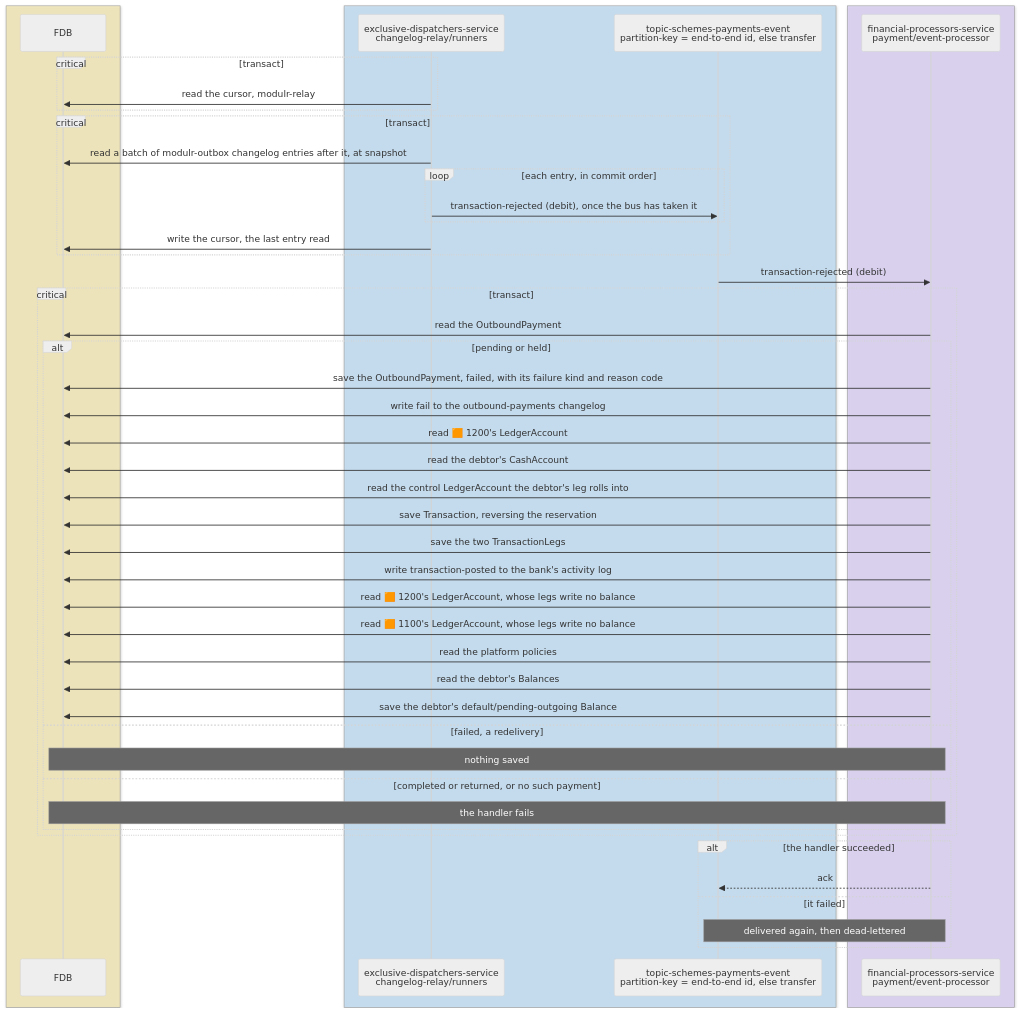
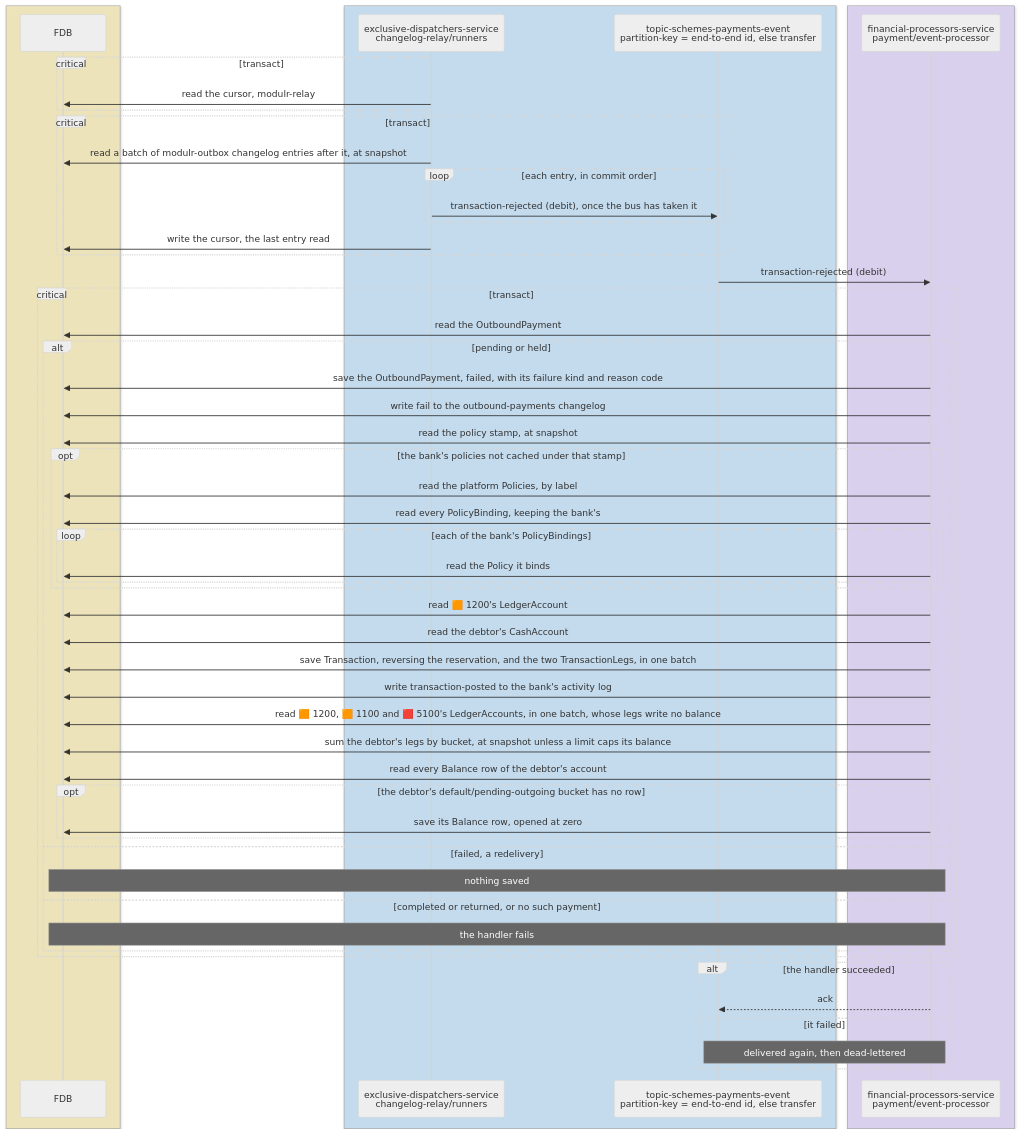
One commit to repldriven/queenswood changed diagram 11 of 15 in docs/tdd/payments-outbound.md. Above: the diagram before and after it, drawn with Mermaid (neutral theme). The commit also changed other lines of this file and 2 other files, not shown here.

Commit message:
Draw each payment flow's FDB calls as the code makes them: balances summed from legs and a row saved only where a bucket opens, batched reads and saves, the policy stamp and the ledger account id cache, and the intent poller's limited reads, rounds and concurrent reconciles

````diff
--- a/docs/tdd/payments-outbound.md
+++ b/docs/tdd/payments-outbound.md
@@ -601,51 +663,58 @@
 ```mermaid
 sequenceDiagram
     box rgba(255, 236, 153, 0.5)
     participant DB as FDB
     end
     box rgba(165, 216, 255, 0.45)
     participant OR as exclusive-dispatchers-service<br/>changelog-relay/runners
     participant SE as topic-schemes-payments-event<br/>partition-key = end-to-end id, else transfer
     end
     box rgba(208, 191, 255, 0.45)
     participant PE as financial-processors-service<br/>payment/event-processor
     end
     critical transact
     OR->>DB: read the cursor, modulr-relay
     end
     critical transact
     OR->>DB: read a batch of modulr-outbox changelog entries after it, at snapshot
     loop each entry, in commit order
     OR->>SE: transaction-rejected (debit), once the bus has taken it
     end
     OR->>DB: write the cursor, the last entry read
     end
     SE->>PE: transaction-rejected (debit)
     critical transact
     PE->>DB: read the OutboundPayment
     alt pending or held
     PE->>DB: save the OutboundPayment, failed, with its failure kind and reason code
     PE->>DB: write fail to the outbound-payments changelog
+    PE->>DB: read the policy stamp, at snapshot
+    opt the bank's policies not cached under that stamp
+    PE->>DB: read the platform Policies, by label
+    PE->>DB: read every PolicyBinding, keeping the bank's
+    loop each of the bank's PolicyBindings
+    PE->>DB: read the Policy it binds
+    end
+    end
     PE->>DB: read 🟧 1200's LedgerAccount
     PE->>DB: read the debtor's CashAccount
-    PE->>DB: read the control LedgerAccount the debtor's leg rolls into
-    PE->>DB: save Transaction, reversing the reservation
-    PE->>DB: save the two TransactionLegs
+    PE->>DB: save Transaction, reversing the reservation, and the two TransactionLegs, in one batch
     PE->>DB: write transaction-posted to the bank's activity log
-    PE->>DB: read 🟧 1200's LedgerAccount, whose legs write no balance
-    PE->>DB: read 🟧 1100's LedgerAccount, whose legs write no balance
-    PE->>DB: read the platform policies
-    PE->>DB: read the debtor's Balances
-    PE->>DB: save the debtor's default/pending-outgoing Balance
+    PE->>DB: read 🟧 1200, 🟧 1100 and 🟥 5100's LedgerAccounts, in one batch, whose legs write no balance
+    PE->>DB: sum the debtor's legs by bucket, at snapshot unless a limit caps its balance
+    PE->>DB: read every Balance row of the debtor's account
+    opt the debtor's default/pending-outgoing bucket has no row
+    PE->>DB: save its Balance row, opened at zero
+    end
     else failed, a redelivery
     Note over PE,DB: nothing saved
     else completed or returned, or no such payment
     Note over PE,DB: the handler fails
     end
     end
     alt the handler succeeded
     PE-->>SE: ack
     else it failed
     Note over PE,SE: delivered again, then dead-lettered
     end
 ```
````
